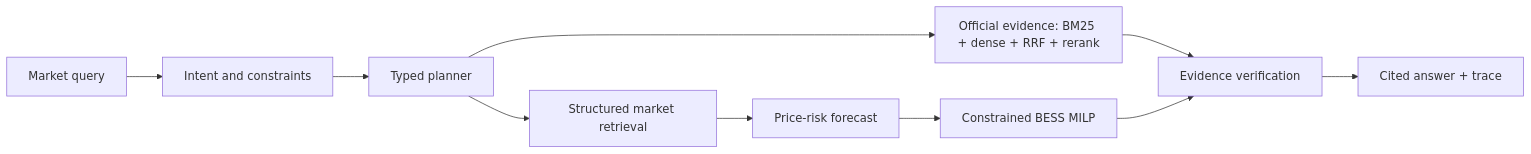
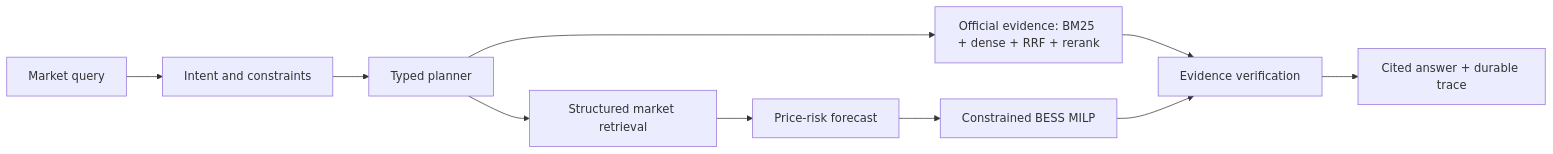
The diagram in README.md (larry-liyuanfan/australian-energy-market-intelligence-agent), drawn with Mermaid before and after one commit. The commit also changed other lines of this file and 2 other files, not shown here.

````diff
--- a/README.md
+++ b/README.md
@@ -9,12 +9,12 @@
 ```mermaid
 flowchart LR
   Q[Market query] --> N[Intent and constraints]
   N --> P[Typed planner]
   P --> M[Structured market retrieval]
   P --> E[Official evidence: BM25 + dense + RRF + rerank]
   M --> F[Price-risk forecast]
   F --> B[Constrained BESS MILP]
   E --> V[Evidence verification]
   B --> V
-  V --> A[Cited answer + trace]
+  V --> A[Cited answer + durable trace]
 ```
````
